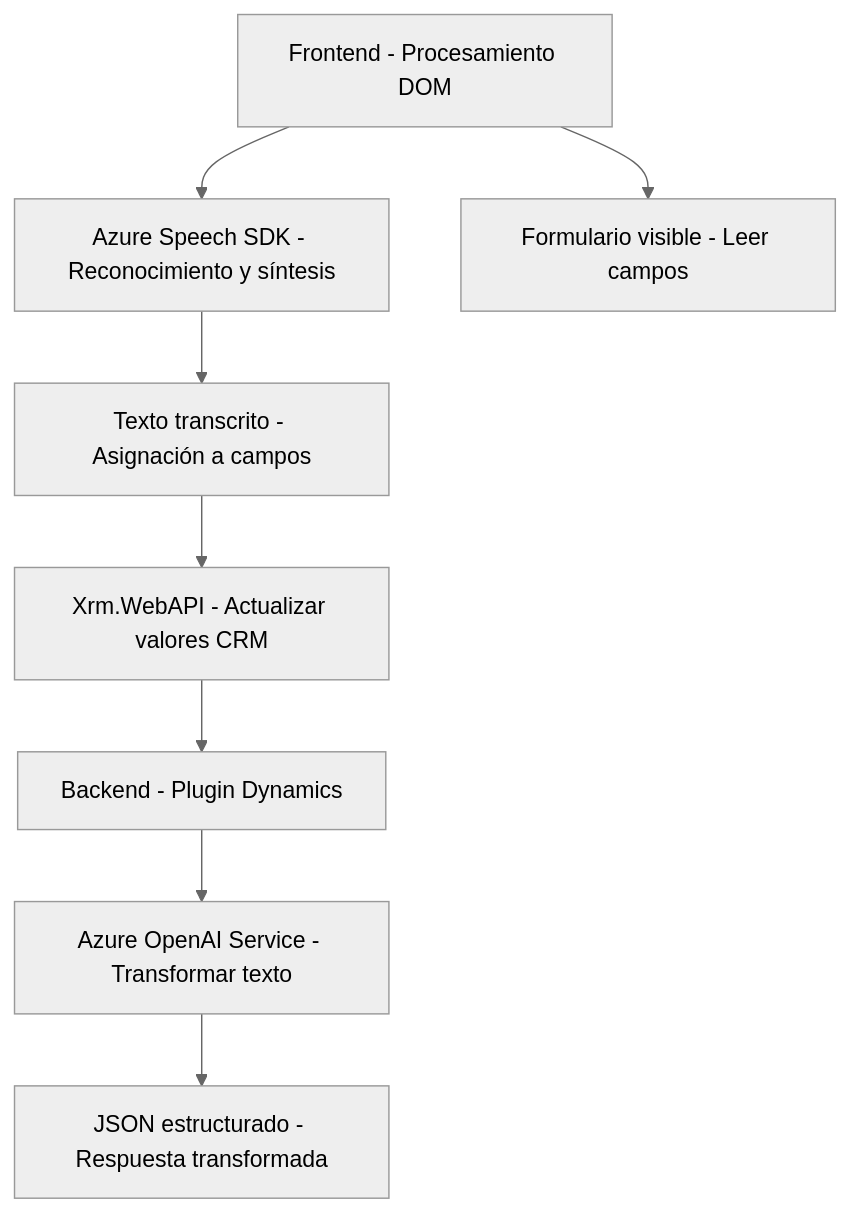
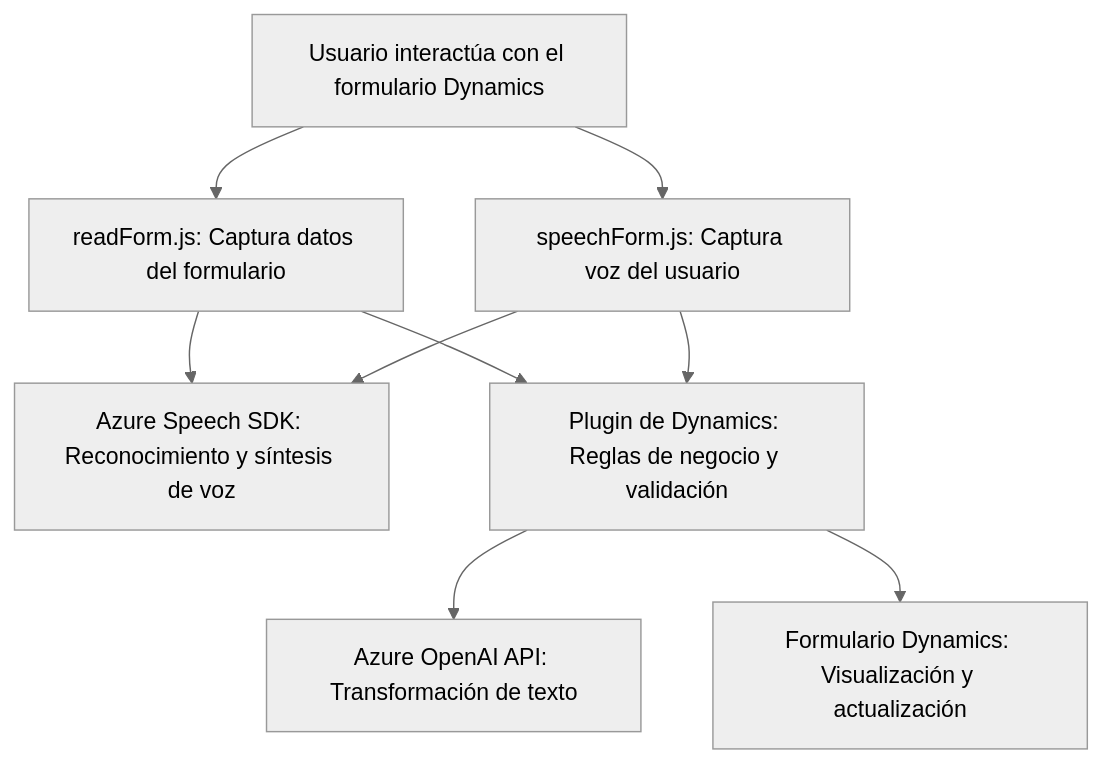
The diagram in README.md (blopezdm/NETCORE_BILBAO2025), drawn with Mermaid (neutral theme) before and after one commit. The commit also changed other lines of this file, not shown here.

Commit message:
Actualizar análisis global de la solución con IA

````diff
--- a/README.md
+++ b/README.md
@@ -44,10 +43,19 @@
 ```mermaid
 graph TD
-    A["Frontend - Procesamiento DOM"] --> B["Azure Speech SDK - Reconocimiento y síntesis"]
-    A --> C["Formulario visible - Leer campos"]
-    B --> D["Texto transcrito - Asignación a campos"]
-    D --> E["Xrm.WebAPI - Actualizar valores CRM"]
-    E --> F["Backend - Plugin Dynamics"]
-    F --> G["Azure OpenAI Service - Transformar texto"]
-    G --> H["JSON estructurado - Respuesta transformada"]
+    A["Usuario interactúa con el formulario Dynamics"]
+    B["readForm.js: Captura datos del formulario"]
+    C["speechForm.js: Captura voz del usuario"]
+    D["Azure Speech SDK: Reconocimiento y síntesis de voz"]
+    E["Azure OpenAI API: Transformación de texto"]
+    F["Plugin de Dynamics: Reglas de negocio y validación"]
+    G["Formulario Dynamics: Visualización y actualización"]
+
+    A --> B
+    A --> C
+    B --> D
+    C --> D
+    B --> F
+    C --> F
+    F --> E
+    F --> G
 ```
````
